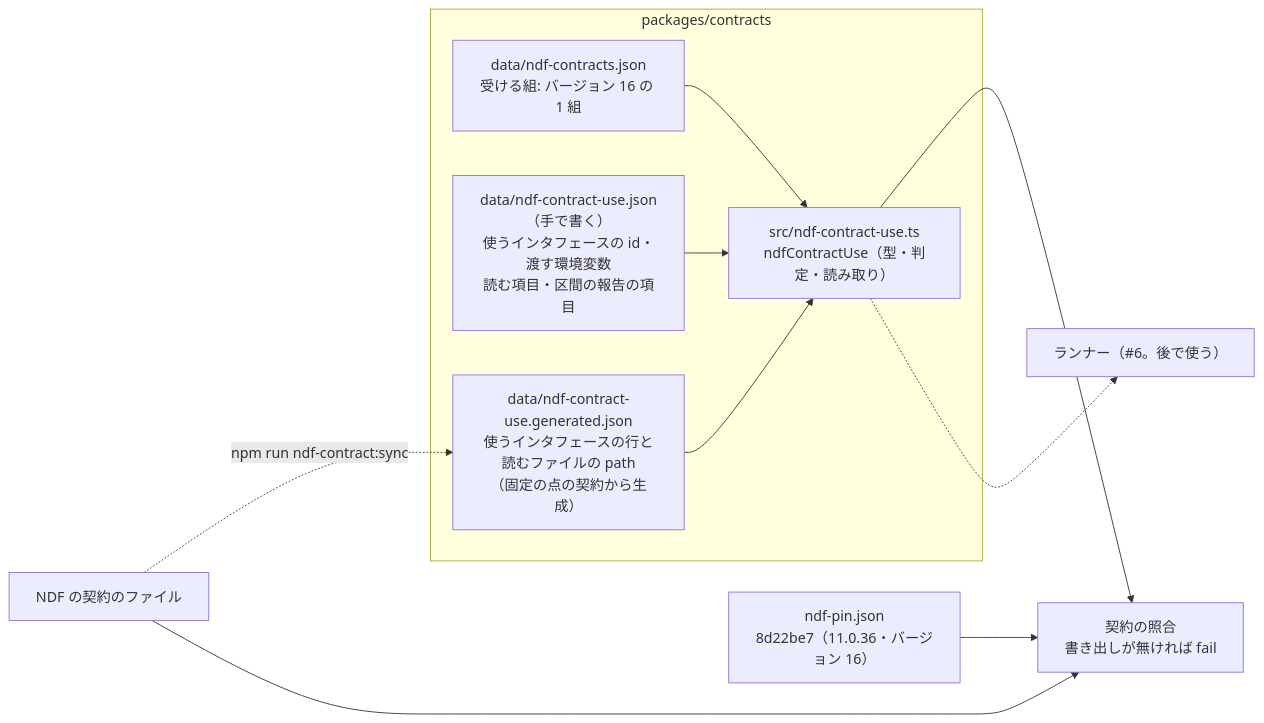
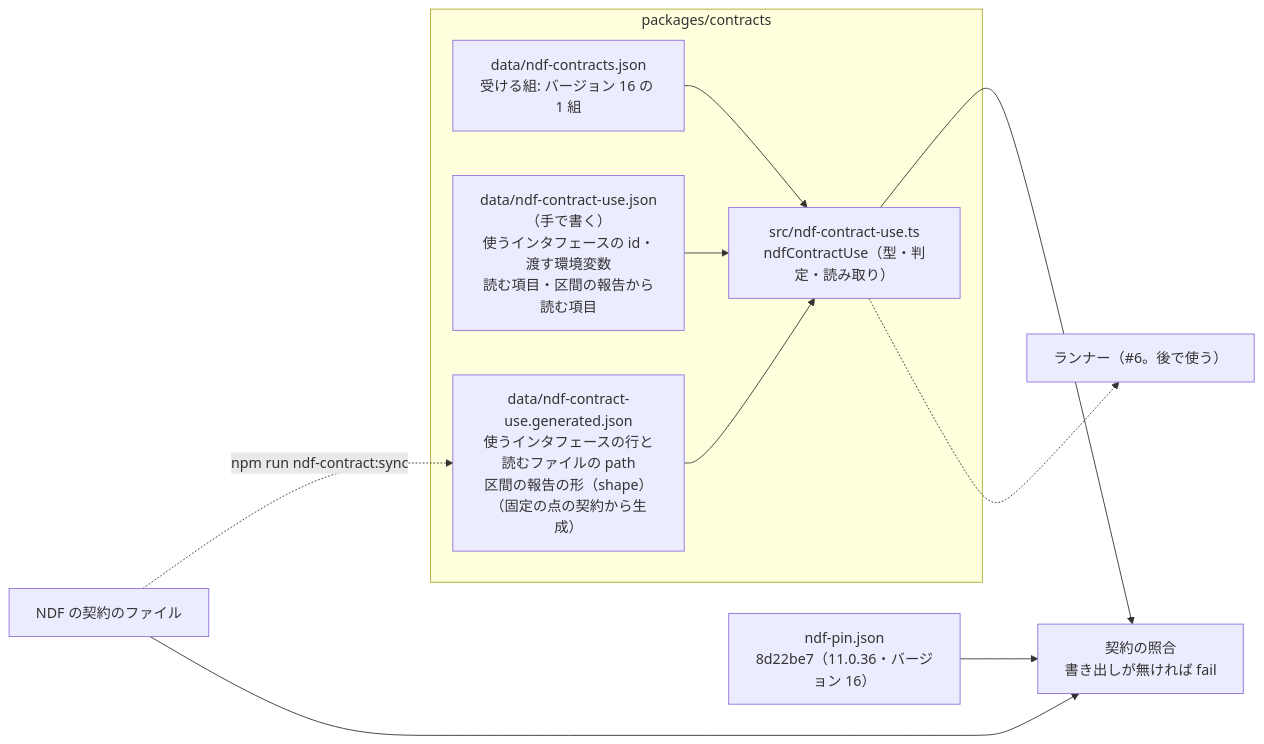
Before and after one commit to devbasex/nd-factory: the second of 2 diagrams in issues/issue-136-design.md, drawn with Mermaid. The commit also changed other lines of this file and 1 other file, not shown here.

````diff
--- a/issues/issue-136-design.md
+++ b/issues/issue-136-design.md
@@ -83,21 +83,21 @@
 ```mermaid
 graph LR
   PIN["ndf-pin.json<br/>8d22be7（11.0.36・バージョン 16）"]
   subgraph contracts["packages/contracts"]
     ACC["data/ndf-contracts.json<br/>受ける組: バージョン 16 の 1 組"]
-    UD["data/ndf-contract-use.json（手で書く）<br/>使うインタフェースの id・渡す環境変数<br/>読む項目・区間の報告の項目"]
-    UG["data/ndf-contract-use.generated.json<br/>使うインタフェースの行と読むファイルの path<br/>（固定の点の契約から生成）"]
+    UD["data/ndf-contract-use.json（手で書く）<br/>使うインタフェースの id・渡す環境変数<br/>読む項目・区間の報告から読む項目"]
+    UG["data/ndf-contract-use.generated.json<br/>使うインタフェースの行と読むファイルの path<br/>区間の報告の形（shape）<br/>（固定の点の契約から生成）"]
     UM["src/ndf-contract-use.ts<br/>ndfContractUse（型・判定・読み取り）"]
   end
   CHK["契約の照合<br/>書き出しが無ければ fail"]
   NDF["NDF の契約のファイル"]
   RUN["ランナー（#6。後で使う）"]
   ACC --> UM
   UD --> UM
   UG --> UM
   NDF -. npm run ndf-contract:sync .-> UG
   UM --> CHK
   PIN --> CHK
   NDF --> CHK
   UM -.-> RUN
 ```
````
